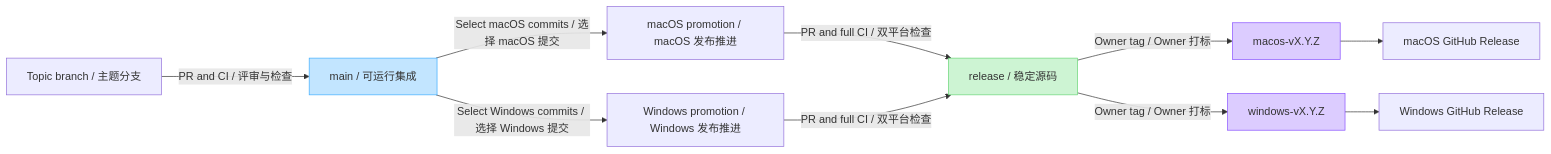
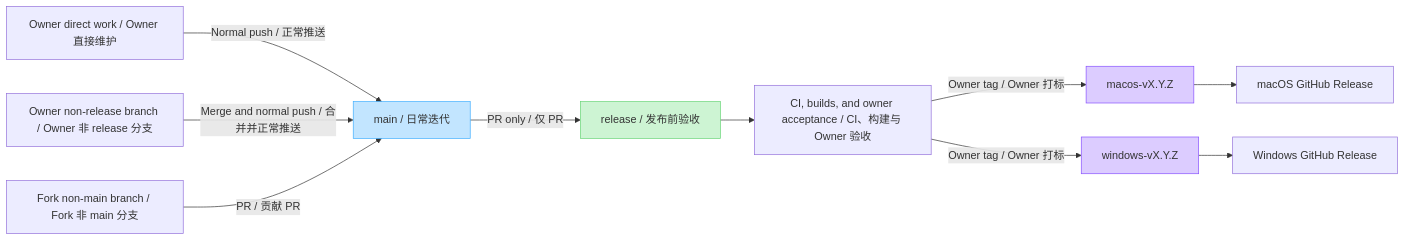
One commit to shotpaste/shotpaste changed the diagram in CONTRIBUTING.md. Above: the diagram before and after it, drawn with Mermaid. The commit also changed other lines of this file and 1 other file, not shown here.

Commit message:
docs: simplify branch and contribution workflow

````diff
--- a/CONTRIBUTING.md
+++ b/CONTRIBUTING.md
@@ -122,27 +116,28 @@
 ```mermaid
 flowchart LR
-    topic["Topic branch / 主题分支"]
-    mainBranch["main / 可运行集成"]
-    macPromotion["macOS promotion / macOS 发布推进"]
-    windowsPromotion["Windows promotion / Windows 发布推进"]
-    releaseBranch["release / 稳定源码"]
+    ownerDirect["Owner direct work / Owner 直接维护"]
+    ownerBranch["Owner non-release branch / Owner 非 release 分支"]
+    forkBranch["Fork non-main branch / Fork 非 main 分支"]
+    mainBranch["main / 日常迭代"]
+    releaseBranch["release / 发布前验收"]
+    acceptance["CI, builds, and owner acceptance / CI、构建与 Owner 验收"]
     macTag["macos-vX.Y.Z"]
     windowsTag["windows-vX.Y.Z"]
     macRelease["macOS GitHub Release"]
     windowsRelease["Windows GitHub Release"]
 
-    topic -->|"PR and CI / 评审与检查"| mainBranch
-    mainBranch -->|"Select macOS commits / 选择 macOS 提交"| macPromotion
-    mainBranch -->|"Select Windows commits / 选择 Windows 提交"| windowsPromotion
-    macPromotion -->|"PR and full CI / 双平台检查"| releaseBranch
-    windowsPromotion -->|"PR and full CI / 双平台检查"| releaseBranch
-    releaseBranch -->|"Owner tag / Owner 打标"| macTag
-    releaseBranch -->|"Owner tag / Owner 打标"| windowsTag
+    ownerDirect -->|"Normal push / 正常推送"| mainBranch
+    ownerBranch -->|"Merge and normal push / 合并并正常推送"| mainBranch
+    forkBranch -->|"PR / 贡献 PR"| mainBranch
+    mainBranch -->|"PR only / 仅 PR"| releaseBranch
+    releaseBranch --> acceptance
+    acceptance -->|"Owner tag / Owner 打标"| macTag
+    acceptance -->|"Owner tag / Owner 打标"| windowsTag
     macTag --> macRelease
     windowsTag --> windowsRelease
 
     style mainBranch fill:#C2E5FF,stroke:#3DADFF
     style releaseBranch fill:#CDF4D3,stroke:#66D575
     style macTag fill:#DCCCFF,stroke:#874FFF
     style windowsTag fill:#DCCCFF,stroke:#874FFF
 ```
````
